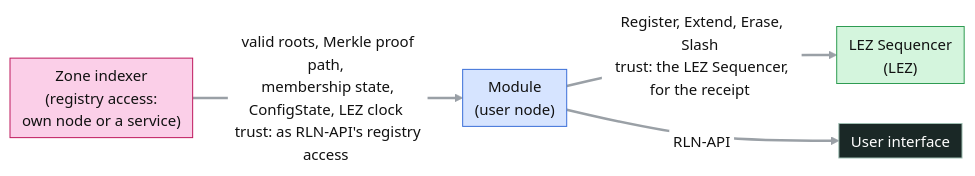
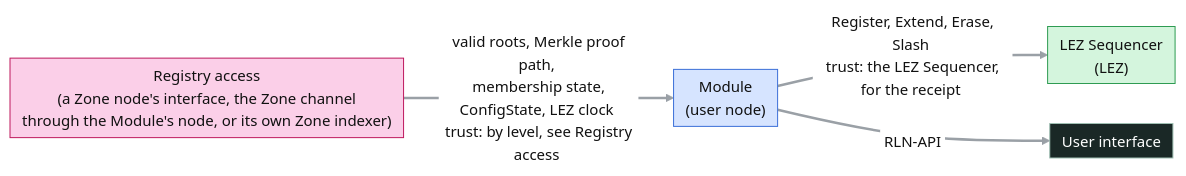
Before and after one commit to logos-co/logos-rln-membership-zone: the fifth of 5 diagrams in docs/rfc-rln-membership-zone.md, drawn with Mermaid. The commit also changed other lines of this file and 2 other files, not shown here.

````diff
--- a/docs/rfc-rln-membership-zone.md
+++ b/docs/rfc-rln-membership-zone.md
@@ -603,17 +605,17 @@
 ```mermaid
 %%{init: {"theme": "base", "flowchart": {"curve": "basis", "nodeSpacing": 40, "rankSpacing": 70, "padding": 6, "wrappingWidth": 400}, "themeVariables": {"lineColor": "#9aa0a6", "primaryTextColor": "#111111", "edgeLabelBackground": "#ffffff", "fontSize": "15px"}, "themeCSS": "marker { overflow: visible; } .arrowMarkerPath { transform: scale(1.7); transform-origin: 5px 5px; } .edgeLabel, .edgeLabel p, .edgeLabel span { font-size: 12px; line-height: 1.2; }"}}%%
 flowchart LR
-    IDX["Zone indexer<br/>(registry access:<br/>own node or a service)"] -->|"#nbsp;valid roots, Merkle proof path,#nbsp;<br/>#nbsp;membership state, ConfigState, LEZ clock#nbsp;<br/>#nbsp;trust: as RLN-API's registry access#nbsp;"| MOD["Module<br/>(user node)"]
+    IDX["Registry access<br/>(a Zone node's interface, the Zone channel<br/>through the Module's node, or its own Zone indexer)"] -->|"#nbsp;valid roots, Merkle proof path,#nbsp;<br/>#nbsp;membership state, ConfigState, LEZ clock#nbsp;<br/>#nbsp;trust: by level, see Registry access#nbsp;"| MOD["Module<br/>(user node)"]
     MOD -->|"#nbsp;Register, Extend, Erase, Slash#nbsp;<br/>#nbsp;trust: the LEZ Sequencer, for the receipt#nbsp;"| LSEQ["LEZ Sequencer<br/>(LEZ)"]
     MOD -->|"#nbsp;RLN-API#nbsp;"| APP["User interface"]
     linkStyle default stroke-width:2.5px
 
     classDef ui fill:#1a2826,stroke:#9fbfb3,color:#ffffff
     classDef user fill:#d6e4ff,stroke:#3b6fd8,color:#111111
     classDef lez fill:#d4f5dd,stroke:#2e9b52,color:#111111
     classDef zone fill:#fbcfe8,stroke:#be185d,color:#111111
     class APP ui
     class MOD user
     class LSEQ lez
     class IDX zone
 ```
````
